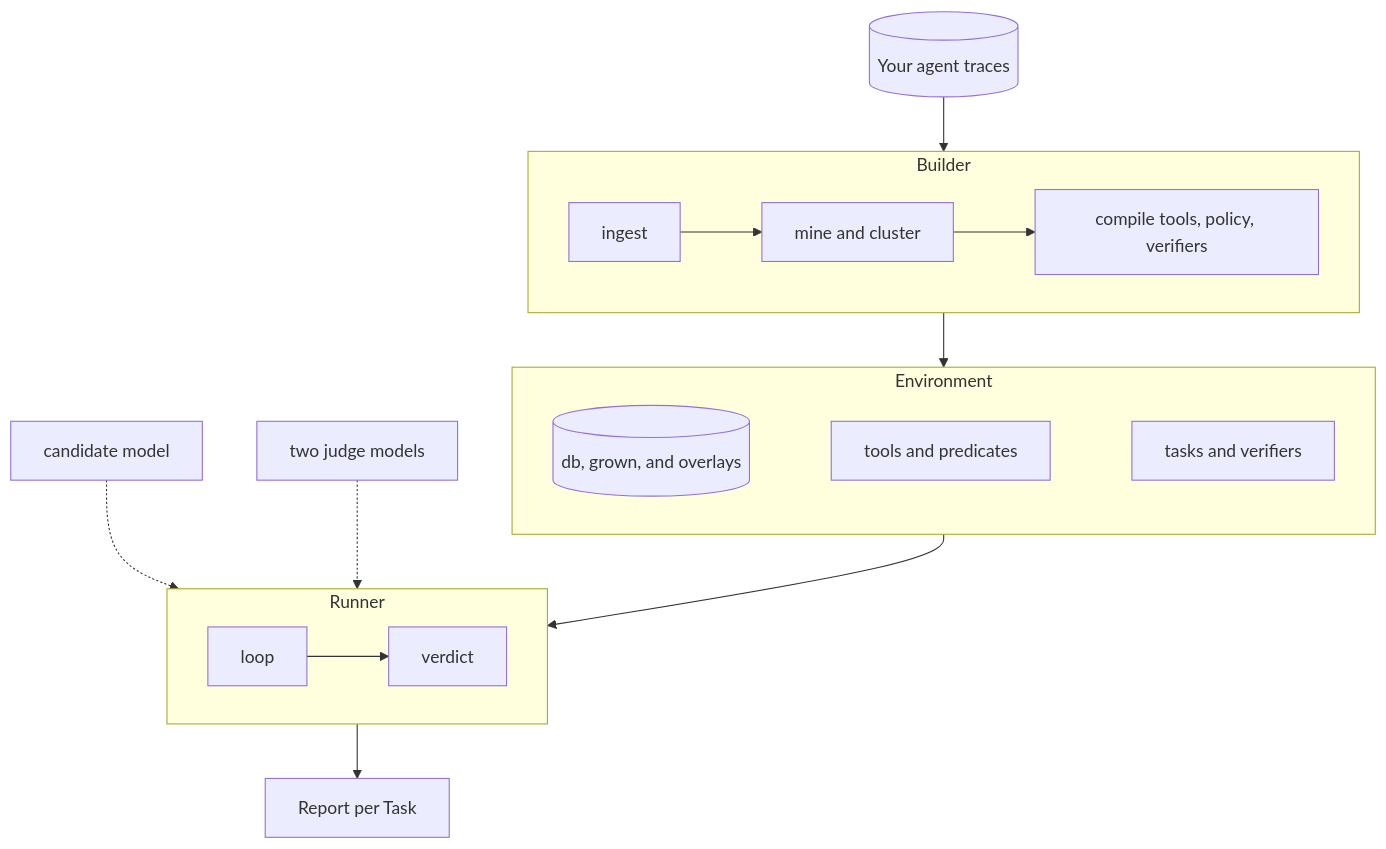
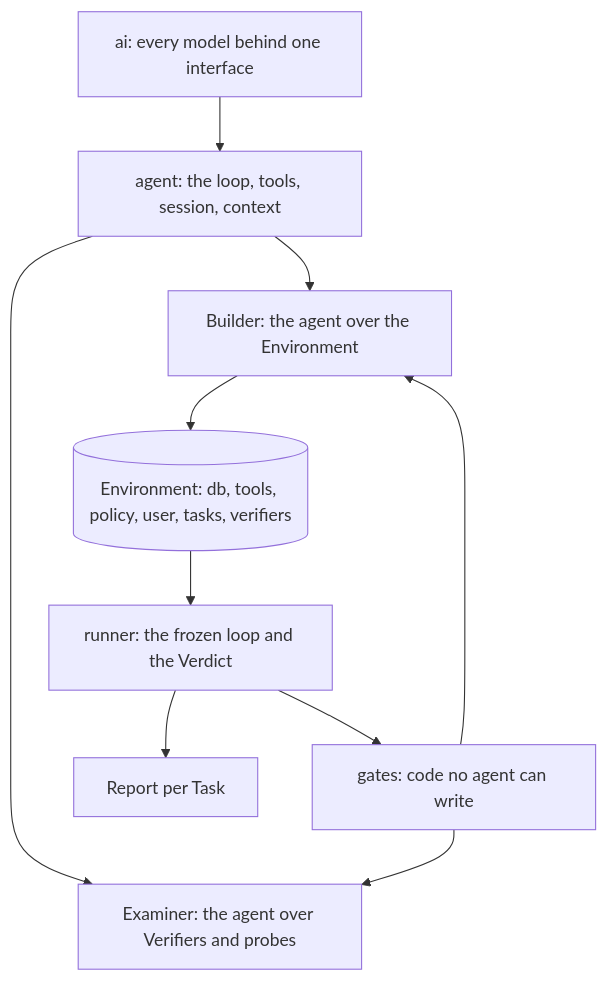
Before and after one commit to leiblerdev/kullback: the second of 2 diagrams in README.md, drawn with Mermaid. The commit also changed other lines of this file and 215 other files, not shown here.

````diff
--- a/README.md
+++ b/README.md
@@ -32,27 +32,12 @@
 ```mermaid
 flowchart TB
-    T[(Your agent traces)] --> I
-
-    subgraph B[Builder]
-        direction LR
-        I[ingest] --> M[mine and cluster] --> C[compile tools, policy, verifiers]
-    end
-
-    C --> E
-
-    subgraph E[Environment]
-        direction LR
-        W[(db, grown, and overlays)] ~~~ K[tools and predicates] ~~~ V[tasks and verifiers]
-    end
-
-    E --> L
-
-    subgraph R[Runner]
-        direction LR
-        L[loop] --> D[verdict]
-    end
-
-    CA[candidate model] -.-> L
-    J[two judge models] -.-> D
-    D --> P[Report per Task]
+    AI[ai: every model behind one interface] --> AG[agent: the loop, tools, session, context]
+    AG --> BU[Builder: the agent over the Environment]
+    AG --> EX[Examiner: the agent over Verifiers and probes]
+    RU[runner: the frozen loop and the Verdict] --> GA[gates: code no agent can write]
+    GA --> BU
+    GA --> EX
+    BU --> E[(Environment: db, tools, policy, user, tasks, verifiers)]
+    E --> RU
+    RU --> P[Report per Task]
 ```
````
